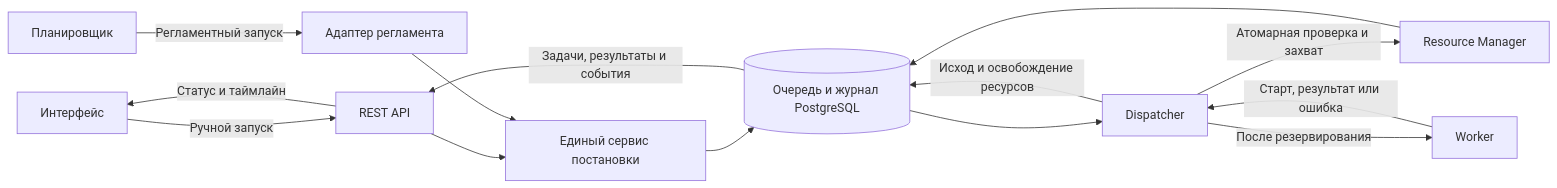
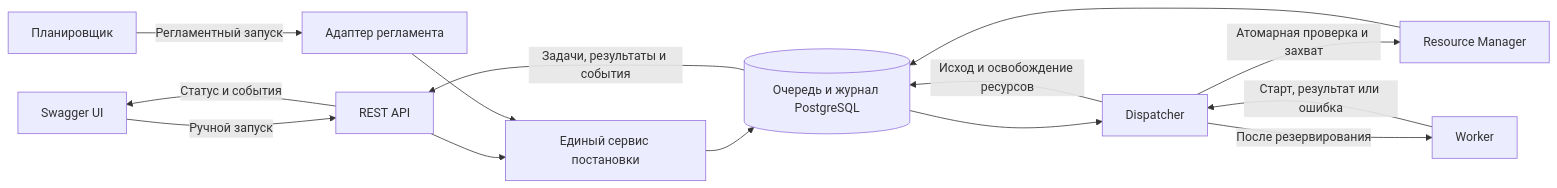
The diagram in docs/architecture.md (Artem-Gorev/risk-workflow-orchestrator), drawn with Mermaid before and after one commit. The commit also changed other lines of this file and 27 other files, not shown here.

````diff
--- a/docs/architecture.md
+++ b/docs/architecture.md
@@ -22,16 +22,16 @@
 ```mermaid
 flowchart LR
-    UI[Интерфейс] -->|Ручной запуск| API[REST API]
+    UI[Swagger UI] -->|Ручной запуск| API[REST API]
     S[Планировщик] -->|Регламентный запуск| SA[Адаптер регламента]
     API --> Q[Единый сервис постановки]
     SA --> Q
     Q --> DB[(Очередь и журнал PostgreSQL)]
     DB --> D[Dispatcher]
     D -->|Атомарная проверка и захват| R[Resource Manager]
     R --> DB
     D -->|После резервирования| W[Worker]
     W -->|Старт, результат или ошибка| D
     D -->|Исход и освобождение ресурсов| DB
     DB -->|Задачи, результаты и события| API
-    API -->|Статус и таймлайн| UI
+    API -->|Статус и события| UI
 ```
````
